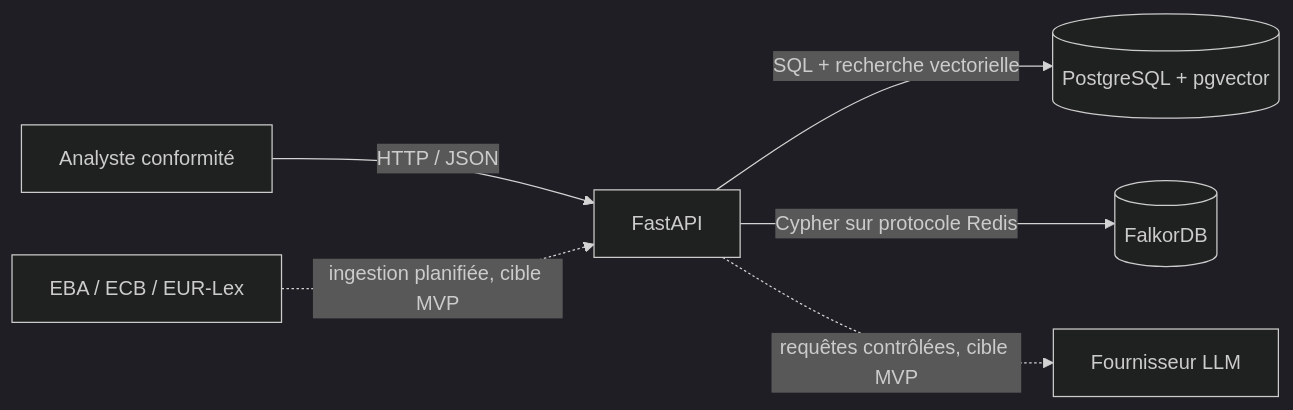
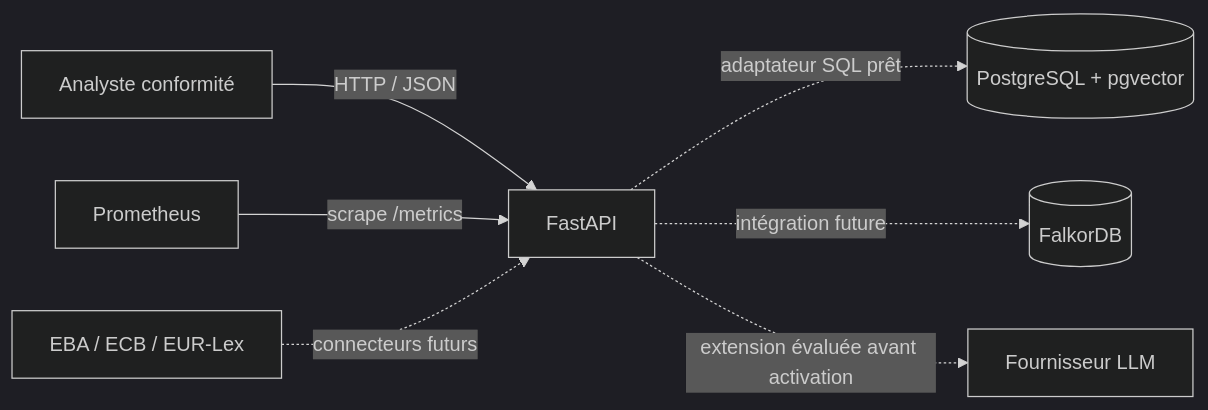
The first of 3 diagrams in docs/architecture.md (RaaaayN/bnp-regulation), drawn with Mermaid (dark theme) before and after one commit. The commit also changed other lines of this file and 2 other files, not shown here.

````diff
--- a/docs/architecture.md
+++ b/docs/architecture.md
@@ -23,8 +23,9 @@
 ```mermaid
 flowchart LR
     Analyste[Analyste conformité] -->|HTTP / JSON| API[FastAPI]
-    API -->|SQL + recherche vectorielle| PG[(PostgreSQL + pgvector)]
-    API -->|Cypher sur protocole Redis| Graph[(FalkorDB)]
-    Sources[EBA / ECB / EUR-Lex] -.->|ingestion planifiée, cible MVP| API
-    API -.->|requêtes contrôlées, cible MVP| LLM[Fournisseur LLM]
+    API -.->|adaptateur SQL prêt| PG[(PostgreSQL + pgvector)]
+    API -.->|intégration future| Graph[(FalkorDB)]
+    Prom[Prometheus] -->|scrape /metrics| API
+    Sources[EBA / ECB / EUR-Lex] -.->|connecteurs futurs| API
+    API -.->|extension évaluée avant activation| LLM[Fournisseur LLM]
 ```
````
